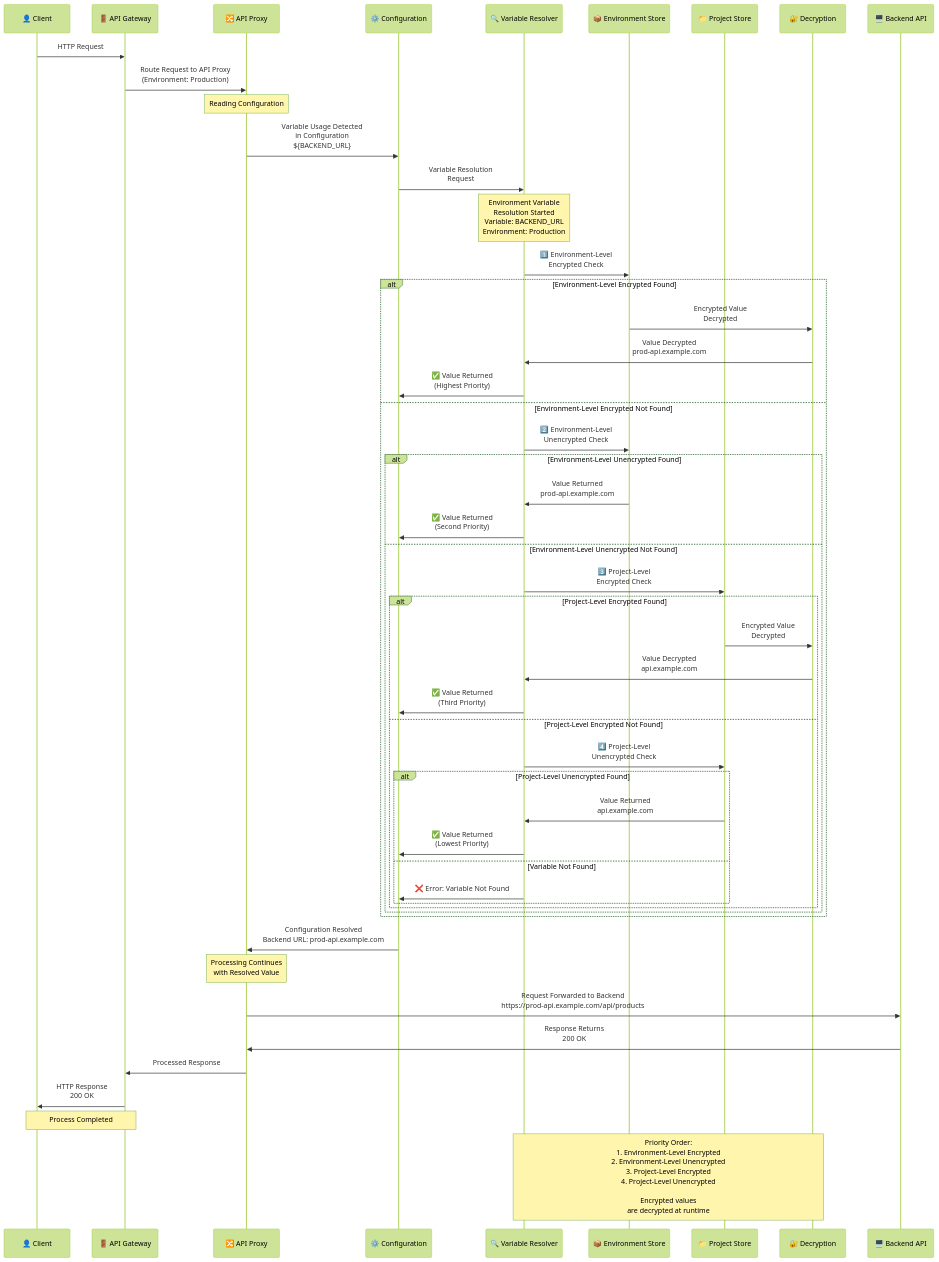
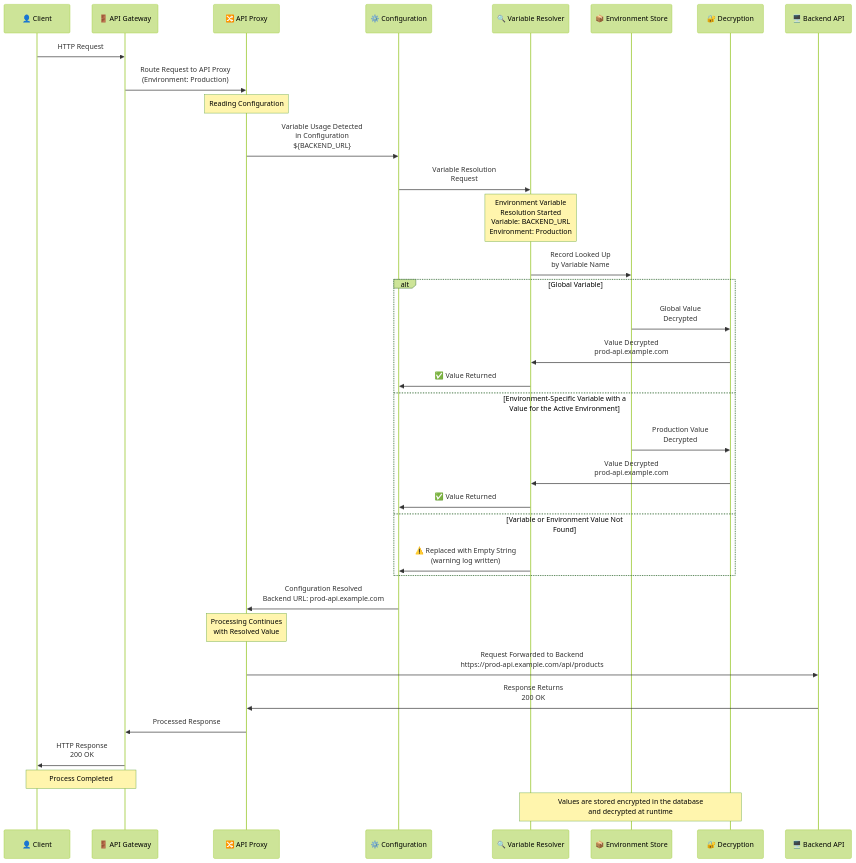
Before and after one commit to apinizer/docs: the diagram in en/concepts/core-concepts/environment-variable.mdx, drawn with Mermaid (forest theme). The commit also changed other lines of this file and 35 other files, not shown here.

````diff
--- a/en/concepts/core-concepts/environment-variable.mdx
+++ b/en/concepts/core-concepts/environment-variable.mdx
@@ -35,72 +35,53 @@
 ```mermaid
 sequenceDiagram
     participant Client as 👤 Client
     participant Gateway as 🚪 API Gateway
     participant Proxy as 🔀 API Proxy
     participant Config as ⚙️ Configuration
     participant VarResolver as 🔍 Variable Resolver
     participant EnvStore as 📦 Environment Store
-    participant ProjectStore as 📁 Project Store
     participant Decrypt as 🔐 Decryption
     participant Backend as 🖥️ Backend API
     
     Client->>Gateway: HTTP Request
     
     Gateway->>Proxy: Route Request to API Proxy<br/>(Environment: Production)
     
     Note over Proxy: Reading Configuration
     
     Proxy->>Config: Variable Usage Detected<br/>in Configuration<br/>${BACKEND_URL}
     
     Config->>VarResolver: Variable Resolution<br/>Request
     
     Note over VarResolver: Environment Variable<br/>Resolution Started<br/>Variable: BACKEND_URL<br/>Environment: Production
     
-    VarResolver->>EnvStore: 1️⃣ Environment-Level<br/>Encrypted Check
+    VarResolver->>EnvStore: Record Looked Up<br/>by Variable Name
     
-    alt Environment-Level Encrypted Found
-        EnvStore->>Decrypt: Encrypted Value<br/>Decrypted
+    alt Global Variable
+        EnvStore->>Decrypt: Global Value<br/>Decrypted
         Decrypt->>VarResolver: Value Decrypted<br/>prod-api.example.com
-        VarResolver->>Config: ✅ Value Returned<br/>(Highest Priority)
-    else Environment-Level Encrypted Not Found
-        VarResolver->>EnvStore: 2️⃣ Environment-Level<br/>Unencrypted Check
-        
-        alt Environment-Level Unencrypted Found
-            EnvStore->>VarResolver: Value Returned<br/>prod-api.example.com
-            VarResolver->>Config: ✅ Value Returned<br/>(Second Priority)
-        else Environment-Level Unencrypted Not Found
-            VarResolver->>ProjectStore: 3️⃣ Project-Level<br/>Encrypted Check
-            
-            alt Project-Level Encrypted Found
-                ProjectStore->>Decrypt: Encrypted Value<br/>Decrypted
-                Decrypt->>VarResolver: Value Decrypted<br/>api.example.com
-                VarResolver->>Config: ✅ Value Returned<br/>(Third Priority)
-            else Project-Level Encrypted Not Found
-                VarResolver->>ProjectStore: 4️⃣ Project-Level<br/>Unencrypted Check
-                
-                alt Project-Level Unencrypted Found
-                    ProjectStore->>VarResolver: Value Returned<br/>api.example.com
-                    VarResolver->>Config: ✅ Value Returned<br/>(Lowest Priority)
-                else Variable Not Found
-                    VarResolver->>Config: ❌ Error: Variable Not Found
-                end
-            end
-        end
+        VarResolver->>Config: ✅ Value Returned
+    else Environment-Specific Variable with a Value for the Active Environment
+        EnvStore->>Decrypt: Production Value<br/>Decrypted
+        Decrypt->>VarResolver: Value Decrypted<br/>prod-api.example.com
+        VarResolver->>Config: ✅ Value Returned
+    else Variable or Environment Value Not Found
+        VarResolver->>Config: ⚠️ Replaced with Empty String<br/>(warning log written)
     end
     
     Config->>Proxy: Configuration Resolved<br/>Backend URL: prod-api.example.com
     
     Note over Proxy: Processing Continues<br/>with Resolved Value
     
     Proxy->>Backend: Request Forwarded to Backend<br/>https://prod-api.example.com/api/products
     
     Backend->>Proxy: Response Returns<br/>200 OK
     
     Proxy->>Gateway: Processed Response
     
     Gateway->>Client: HTTP Response<br/>200 OK
     
     Note over Client,Gateway: Process Completed
     
-    Note over VarResolver,Decrypt: Priority Order:<br/>1. Environment-Level Encrypted<br/>2. Environment-Level Unencrypted<br/>3. Project-Level Encrypted<br/>4. Project-Level Unencrypted<br/><br/>Encrypted values<br/>are decrypted at runtime
+    Note over VarResolver,Decrypt: Values are stored encrypted in the database<br/>and decrypted at runtime
 ```
````
